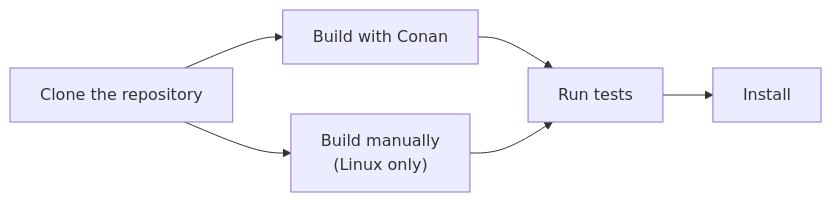
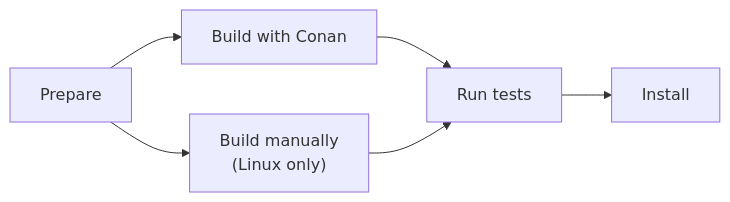
Before and after one commit to MarcelloPerathoner/osrm-backend: the diagram in docs/src/building/howto.md, drawn with Mermaid. The commit also changed other lines of this file and 2 other files, not shown here.

````diff
--- a/docs/src/building/howto.md
+++ b/docs/src/building/howto.md
@@ -7,18 +7,18 @@
 ```mermaid
 graph LR;
-    clone[Clone the repository]
+    clone[Prepare]
     conan[Build with Conan]
     manually["Build manually<br/>(Linux only)"]
     test[Run tests]
     install[Install]
 
     clone-->conan-->test;
     clone-->manually-->test;
     test-->install
 
     click clone "#clone"
     click conan "#conan"
     click manually "#build-manually"
     click test "#tests"
     click install "#install"
 ```
````
